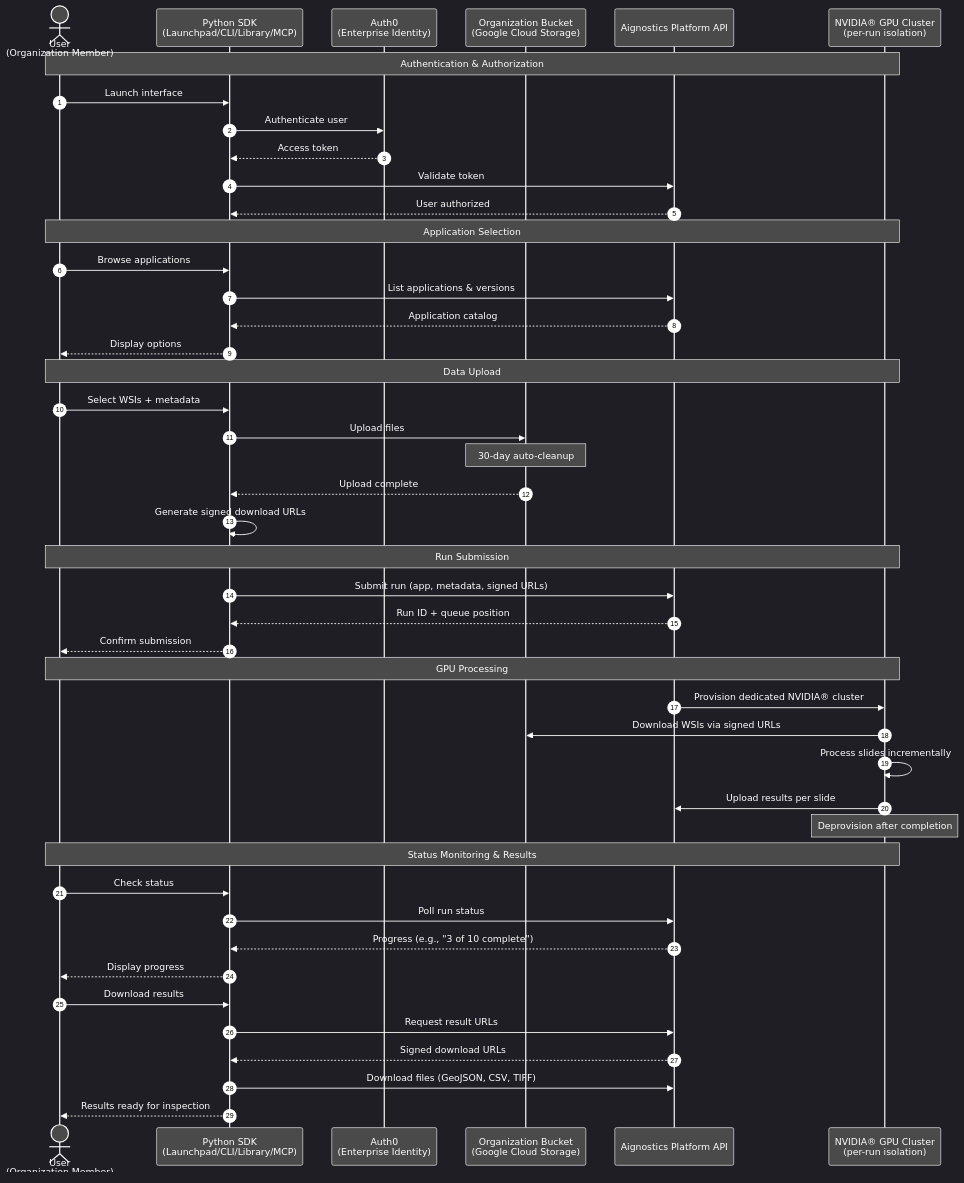
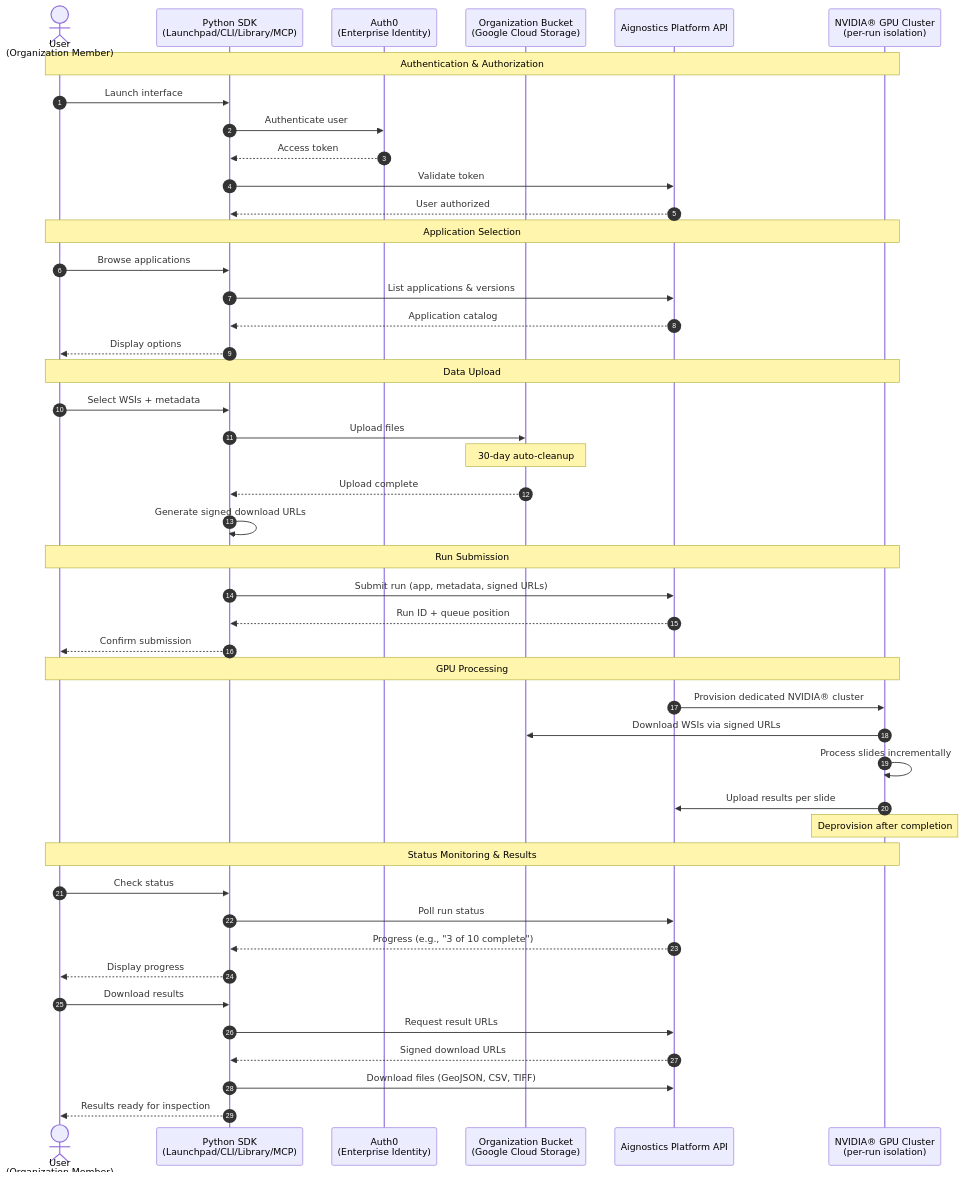
Before and after one commit to aignostics/python-sdk: the diagram in README.md, drawn with Mermaid. The commit also changed 1 other file, not shown here.

Commit message:
docs(readme): fix platform diagram rendering in light mode
Remove the hardcoded 'theme':'dark' mermaid init from the platform-workflow
sequence diagram so GitHub renders it with its theme-aware default in both
light and dark mode.

````diff
--- a/README.md
+++ b/README.md
@@ -227,55 +227,54 @@
 ```mermaid
-%%{init: {'theme':'dark', 'themeVariables': { 'fontSize':'18px', 'fontFamily':'arial', 'darkMode':'true', 'background':'#1e1e1e', 'primaryColor':'#4a4a4a', 'primaryTextColor':'#ffffff', 'primaryBorderColor':'#ffffff', 'lineColor':'#ffffff', 'secondaryColor':'#3a3a3a', 'tertiaryColor':'#2a2a2a', 'actorBkg':'#4a4a4a', 'actorBorder':'#ffffff', 'actorTextColor':'#ffffff', 'actorLineColor':'#ffffff', 'signalColor':'#ffffff', 'signalTextColor':'#ffffff', 'labelBoxBkgColor':'#3a3a3a', 'labelBoxBorderColor':'#ffffff', 'labelTextColor':'#ffffff', 'noteBkgColor':'#4a4a4a', 'noteTextColor':'#ffffff', 'noteBorderColor':'#ffffff', 'sequenceNumberColor':'#000000'}}}%%
 sequenceDiagram
     autonumber
     actor User as User<br/>(Organization Member)
     participant SDK as Python SDK<br/>(Launchpad/CLI/Library/MCP)
     participant Auth0 as Auth0<br/>(Enterprise Identity)
     participant Bucket as Organization Bucket<br/>(Google Cloud Storage)
     participant API as Aignostics Platform API
     participant GPU as NVIDIA® GPU Cluster<br/>(per-run isolation)
 
     Note over User,GPU: Authentication & Authorization
     User->>SDK: Launch interface
     SDK->>Auth0: Authenticate user
     Auth0-->>SDK: Access token
     SDK->>API: Validate token
     API-->>SDK: User authorized
 
     Note over User,GPU: Application Selection
     User->>SDK: Browse applications
     SDK->>API: List applications & versions
     API-->>SDK: Application catalog
     SDK-->>User: Display options
 
     Note over User,GPU: Data Upload
     User->>SDK: Select WSIs + metadata
     SDK->>Bucket: Upload files
     Note over Bucket: 30-day auto-cleanup
     Bucket-->>SDK: Upload complete
     SDK->>SDK: Generate signed download URLs
 
     Note over User,GPU: Run Submission
     SDK->>API: Submit run (app, metadata, signed URLs)
     API-->>SDK: Run ID + queue position
     SDK-->>User: Confirm submission
 
     Note over User,GPU: GPU Processing
     API->>GPU: Provision dedicated NVIDIA® cluster
     GPU->>Bucket: Download WSIs via signed URLs
     GPU->>GPU: Process slides incrementally
     GPU->>API: Upload results per slide
     Note over GPU: Deprovision after completion
 
     Note over User,GPU: Status Monitoring & Results
     User->>SDK: Check status
     SDK->>API: Poll run status
     API-->>SDK: Progress (e.g., "3 of 10 complete")
     SDK-->>User: Display progress
 
     User->>SDK: Download results
     SDK->>API: Request result URLs
     API-->>SDK: Signed download URLs
     SDK->>API: Download files (GeoJSON, CSV, TIFF)
     SDK-->>User: Results ready for inspection
 ```
````
